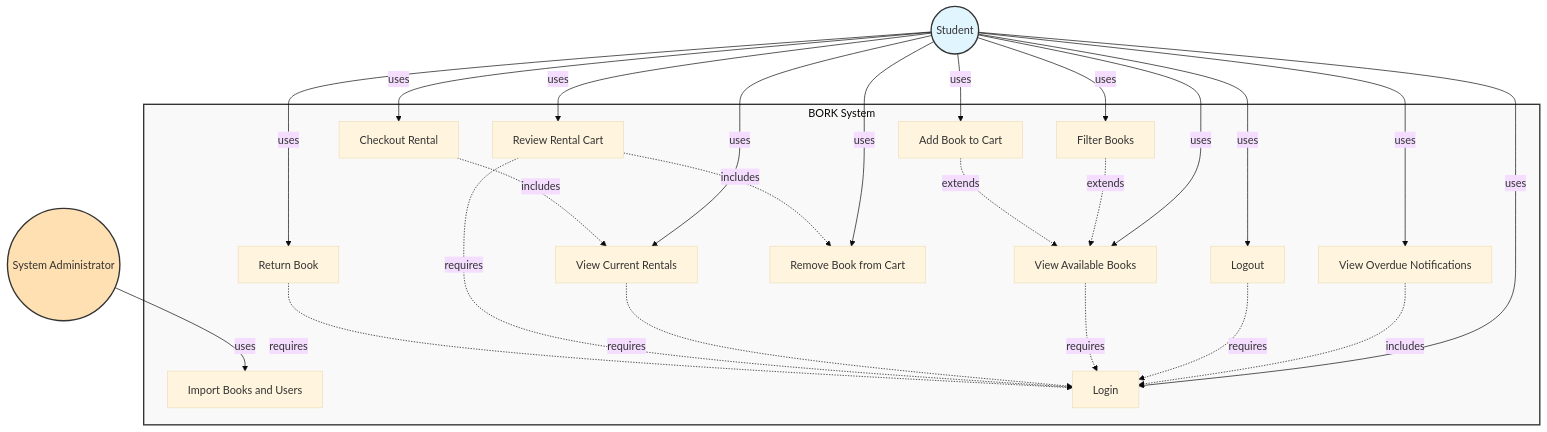
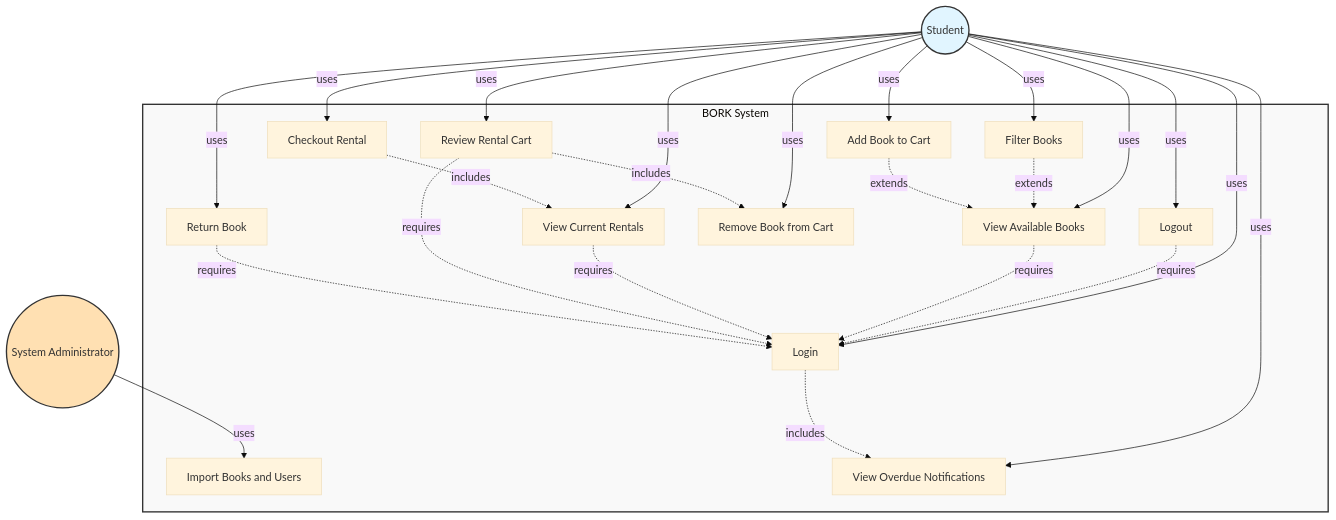
Before and after one commit to dragos-cojocari/iss: the diagram in docs/usecase_diagram.md, drawn with Mermaid.

Commit message:
feat: update use cases (#8)

````diff
--- a/docs/usecase_diagram.md
+++ b/docs/usecase_diagram.md
@@ -32,50 +32,50 @@
 ```mermaid
 %%{init: {'theme':'base'}}%%
 graph TB
     subgraph BORK["BORK System"]
         UC1[Import Books and Users]
         UC2[Login]
         UC3[Logout]
         UC4[View Available Books]
         UC5[Filter Books]
         UC6[View Current Rentals]
         UC7[Add Book to Cart]
         UC8[Review Rental Cart]
         UC9[Remove Book from Cart]
         UC10[Checkout Rental]
         UC11[Return Book]
         UC12[View Overdue Notifications]
     end
 
     Student((Student))
     System((System Administrator))
 
     Student -->|uses| UC2
     Student -->|uses| UC3
     Student -->|uses| UC4
     Student -->|uses| UC5
     Student -->|uses| UC6
     Student -->|uses| UC7
     Student -->|uses| UC8
     Student -->|uses| UC9
     Student -->|uses| UC10
     Student -->|uses| UC11
     Student -->|uses| UC12
 
     System -->|uses| UC1
 
-    UC12 -.->|includes| UC2
+    UC2 -.->|includes| UC12
     UC3 -.->|requires| UC2
     UC4 -.->|requires| UC2
     UC5 -.->|extends| UC4
     UC6 -.->|requires| UC2
     UC7 -.->|extends| UC4
     UC8 -.->|includes| UC9
     UC8 -.->|requires| UC2
     UC10 -.->|includes| UC6
     UC11 -.->|requires| UC2
 
     style BORK fill:#f9f9f9,stroke:#333,stroke-width:2px
     style Student fill:#e1f5ff,stroke:#333,stroke-width:2px
     style System fill:#ffe0b2,stroke:#333,stroke-width:2px
 ```
````
